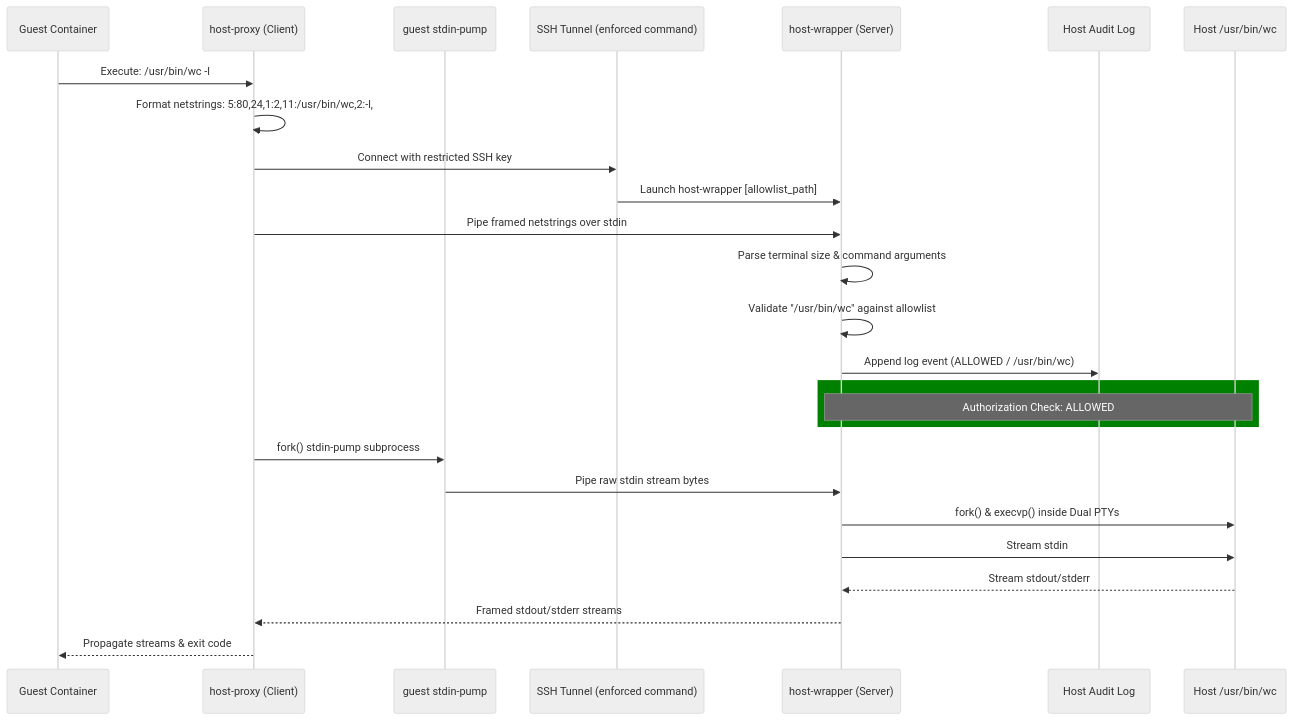
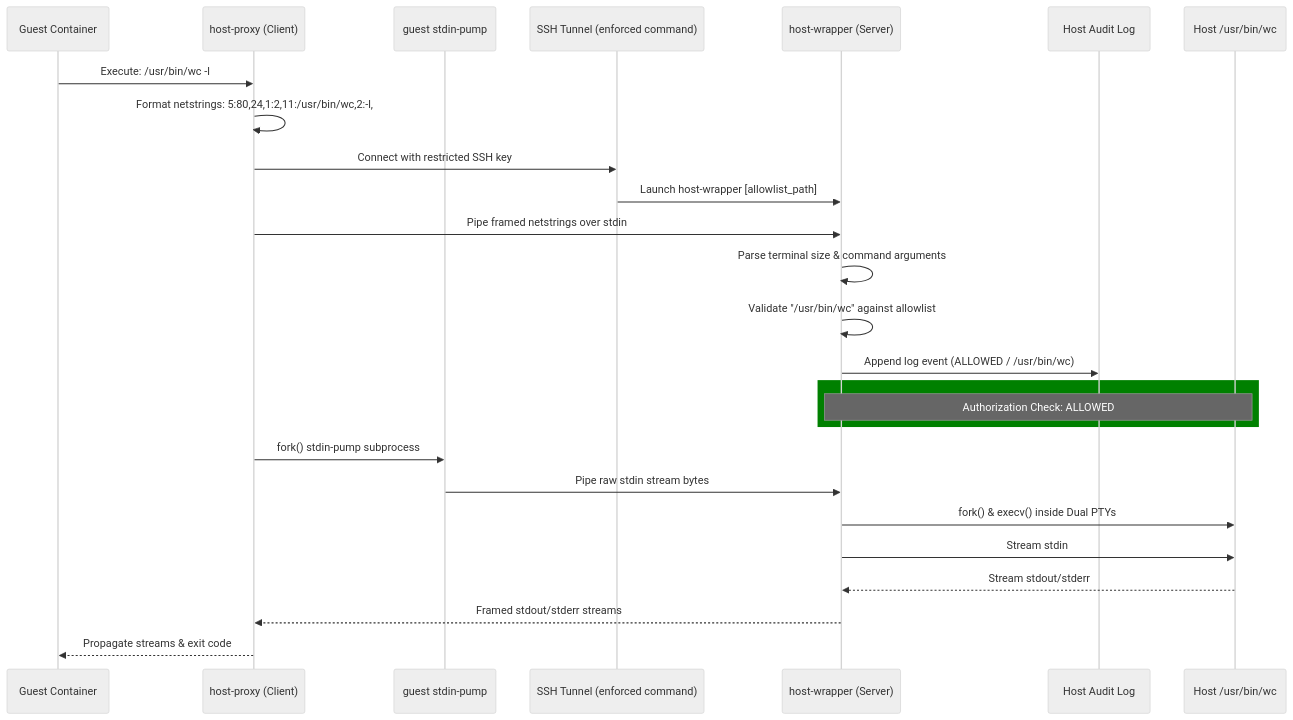
One commit to samirose/host-wrapper changed the diagram in README.md. Above: the diagram before and after it, drawn with Mermaid (neutral theme). The commit also changed other lines of this file and 2 other files, not shown here.

Commit message:
Execute the resolved path rather than resolving it again
Every path reaching exec has been resolved to an absolute one, so
execvp's PATH search is unreachable. execv is what the check validated.

- The diagnostic and the tests matching it follow the call's name.
- README says execv where it said execvp.

make test

````diff
--- a/README.md
+++ b/README.md
@@ -74,29 +74,29 @@
 ```mermaid
 sequenceDiagram
     participant Guest as Guest Container
     participant Proxy as host-proxy (Client)
     participant Pump as guest stdin-pump
     participant SSH as SSH Tunnel (enforced command)
     participant Wrapper as host-wrapper (Server)
     participant Log as Host Audit Log
     participant HostCmd as Host /usr/bin/wc
 
     Guest->>Proxy: Execute: /usr/bin/wc -l
     Proxy->>Proxy: Format netstrings: 5:80,24,1:2,11:/usr/bin/wc,2:-l,
     Proxy->>SSH: Connect with restricted SSH key
     SSH->>Wrapper: Launch host-wrapper [allowlist_path]
     Proxy->>Wrapper: Pipe framed netstrings over stdin
     Wrapper->>Wrapper: Parse terminal size & command arguments
     Wrapper->>Wrapper: Validate "/usr/bin/wc" against allowlist
     Wrapper->>Log: Append log event (ALLOWED / /usr/bin/wc)
     rect green
         Note over Wrapper,HostCmd: Authorization Check: ALLOWED
     end
     Proxy->>Pump: fork() stdin-pump subprocess
     Pump->>Wrapper: Pipe raw stdin stream bytes
-    Wrapper->>HostCmd: fork() & execvp() inside Dual PTYs
+    Wrapper->>HostCmd: fork() & execv() inside Dual PTYs
     Wrapper->>HostCmd: Stream stdin
     HostCmd-->>Wrapper: Stream stdout/stderr
     Wrapper-->>Proxy: Framed stdout/stderr streams
     Proxy-->>Guest: Propagate streams & exit code
 ```
````
